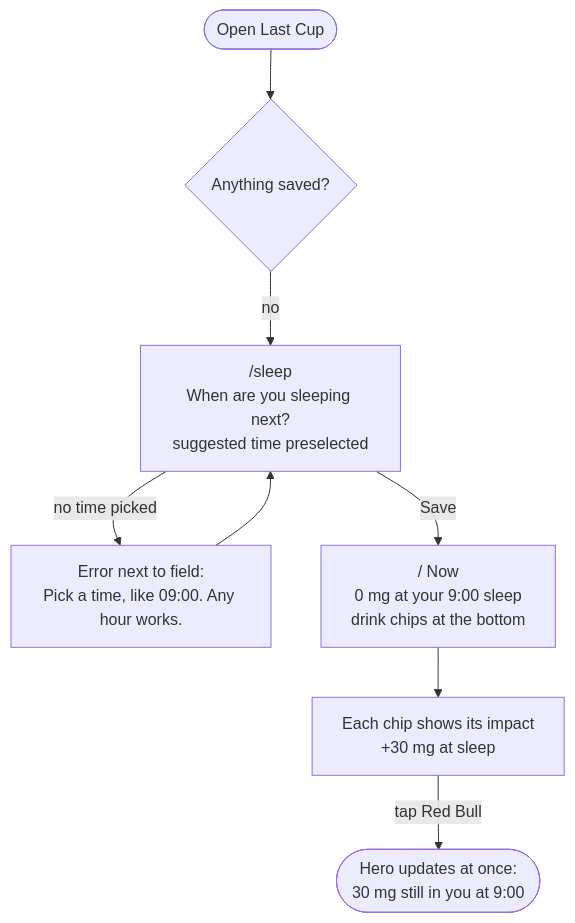
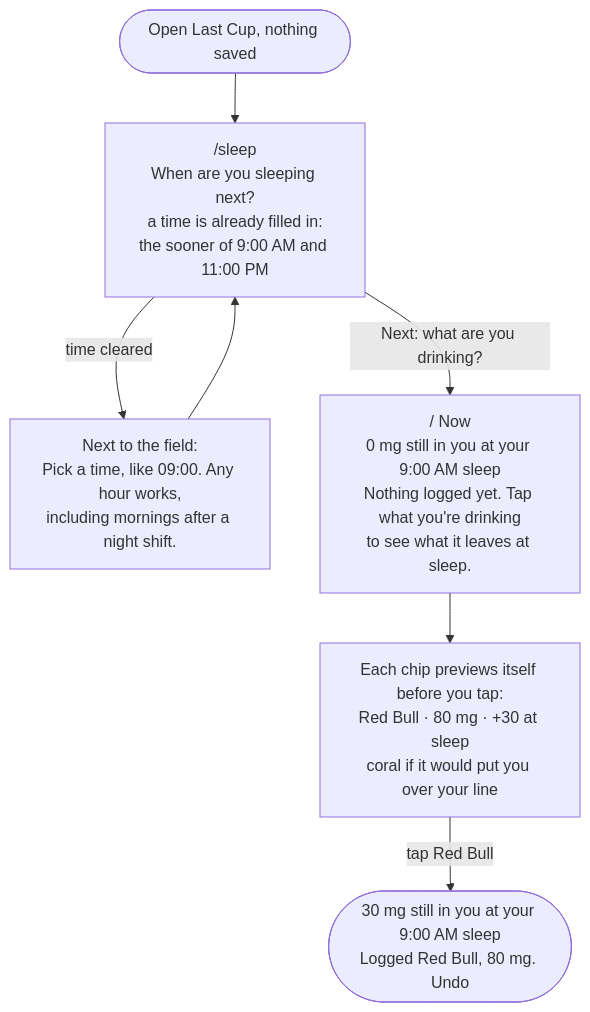
The second of 5 diagrams in flows.md (nocturnalvigilante/design_ship_build_homework_3), drawn with Mermaid before and after one commit. The commit also changed other lines of this file, not shown here.

First line of the commit message:
flows: redraw from the code's real wording; add a routes-and-nav map; split the form's errors out

````diff
--- a/flows.md
+++ b/flows.md
@@ -20,10 +29,9 @@
 ```mermaid
 flowchart TD
-  A([Open Last Cup]) --> B{Anything saved?}
-  B -- no --> C["/sleep<br/>When are you sleeping next?<br/>suggested time preselected"]
-  C -- no time picked --> E1["Error next to field:<br/>Pick a time, like 09:00. Any hour works."]
-  E1 --> C
-  C -- Save --> D["/ Now<br/>0 mg at your 9:00 sleep<br/>drink chips at the bottom"]
-  D --> F["Each chip shows its impact<br/>+30 mg at sleep"]
-  F -- tap Red Bull --> G([Hero updates at once:<br/>30 mg still in you at 9:00])
+  A([Open Last Cup, nothing saved]) --> B["/sleep<br/>When are you sleeping next?<br/>a time is already filled in:<br/>the sooner of 9:00 AM and 11:00 PM"]
+  B -- "time cleared" --> E1["Next to the field:<br/>Pick a time, like 09:00. Any hour works,<br/>including mornings after a night shift."]
+  E1 --> B
+  B -- "Next: what are you drinking?" --> C["/ Now<br/>0 mg still in you at your 9:00 AM sleep<br/>Nothing logged yet. Tap what you're drinking<br/>to see what it leaves at sleep."]
+  C --> D["Each chip previews itself before you tap:<br/>Red Bull · 80 mg · +30 at sleep<br/>coral if it would put you over your line"]
+  D -- "tap Red Bull" --> F(["30 mg still in you at your 9:00 AM sleep<br/>Logged Red Bull, 80 mg. Undo"])
 ```
````
